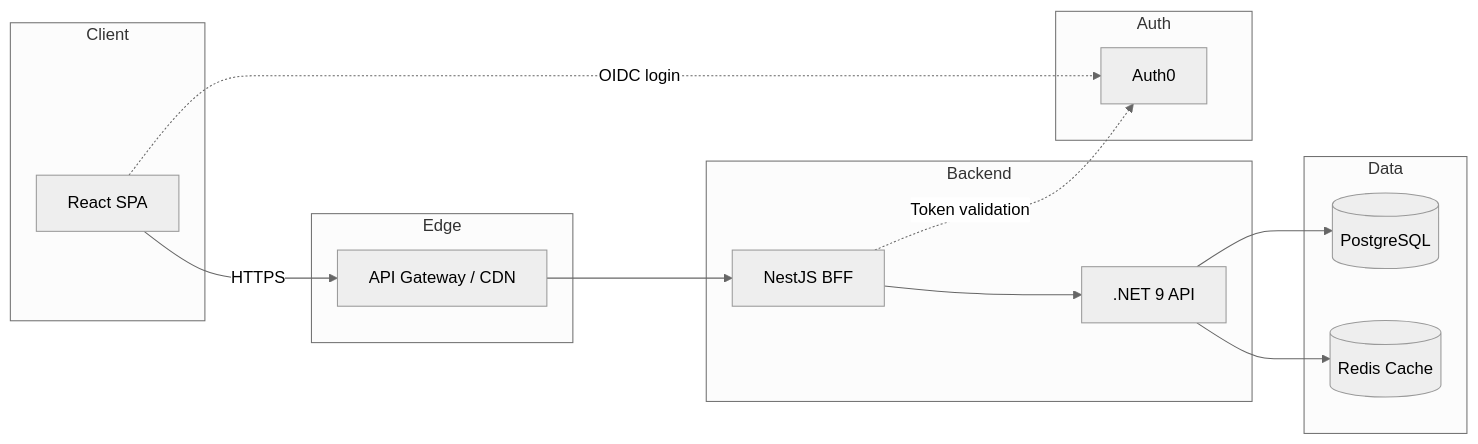
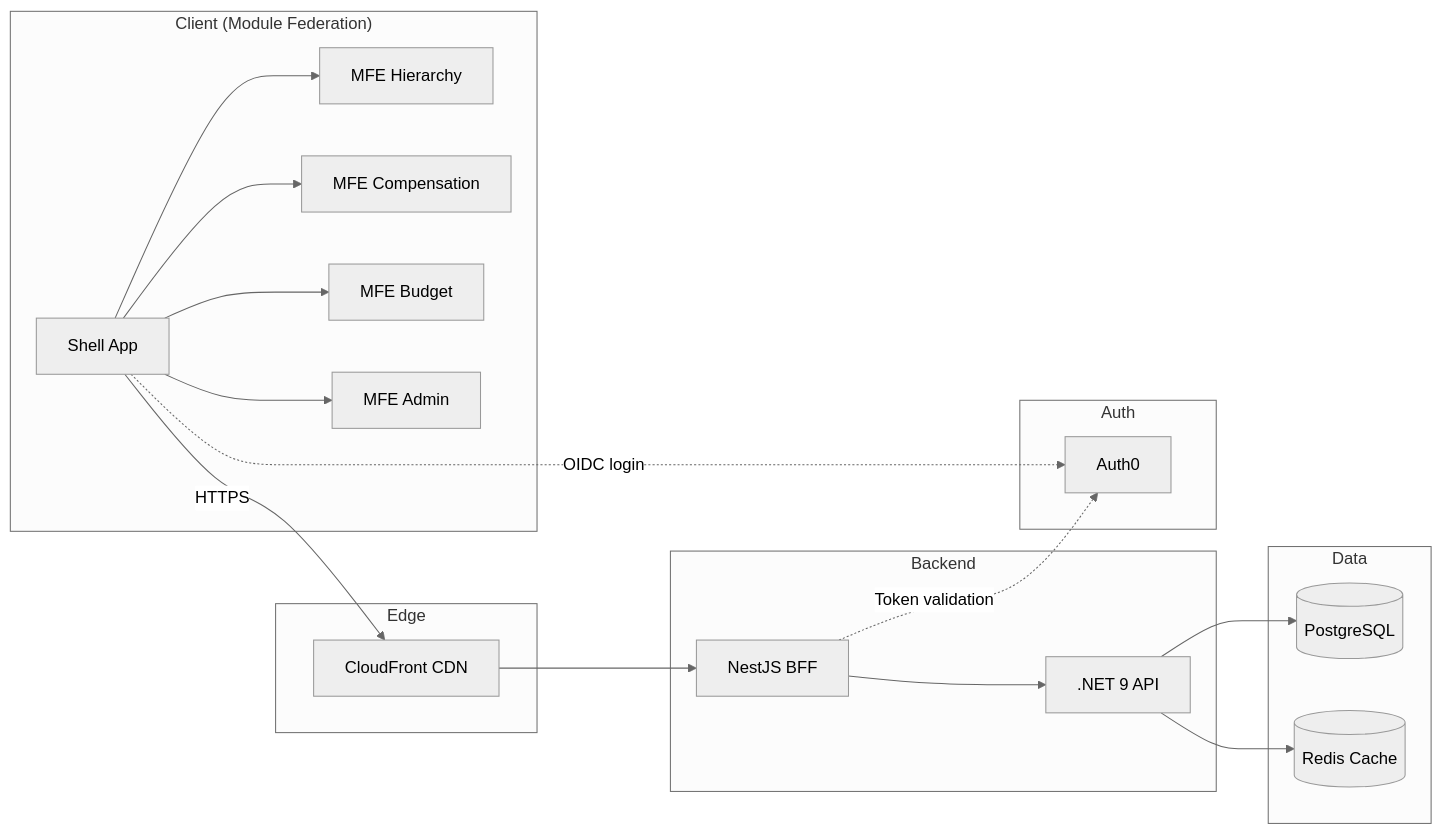
One commit to sukhesh035/employee_budget_allocation changed the diagram in README.md. Above: the diagram before and after it, drawn with Mermaid (neutral theme). The commit also changed other lines of this file and 7 other files, not shown here.

First line of the commit message:
Restructure to micro frontend architecture with Module Federation

````diff
--- a/README.md
+++ b/README.md
@@ -46,32 +46,37 @@
 ```mermaid
 graph LR
-    subgraph Client
-        A[React SPA]
+    subgraph Client["Client (Module Federation)"]
+        S[Shell App]
+        M1[MFE Hierarchy]
+        M2[MFE Compensation]
+        M3[MFE Budget]
+        M4[MFE Admin]
+        S --> M1 & M2 & M3 & M4
     end
 
     subgraph Edge
-        B[API Gateway / CDN]
+        B[CloudFront CDN]
     end
 
     subgraph Backend
         C[NestJS BFF]
         D[.NET 9 API]
     end
 
     subgraph Data
         E[(PostgreSQL)]
         F[(Redis Cache)]
     end
 
     subgraph Auth
         G[Auth0]
     end
 
-    A -->|HTTPS| B
+    S -->|HTTPS| B
     B --> C
     C --> D
     D --> E
     D --> F
     C -.->|Token validation| G
-    A -.->|OIDC login| G
+    S -.->|OIDC login| G
 ```
````
